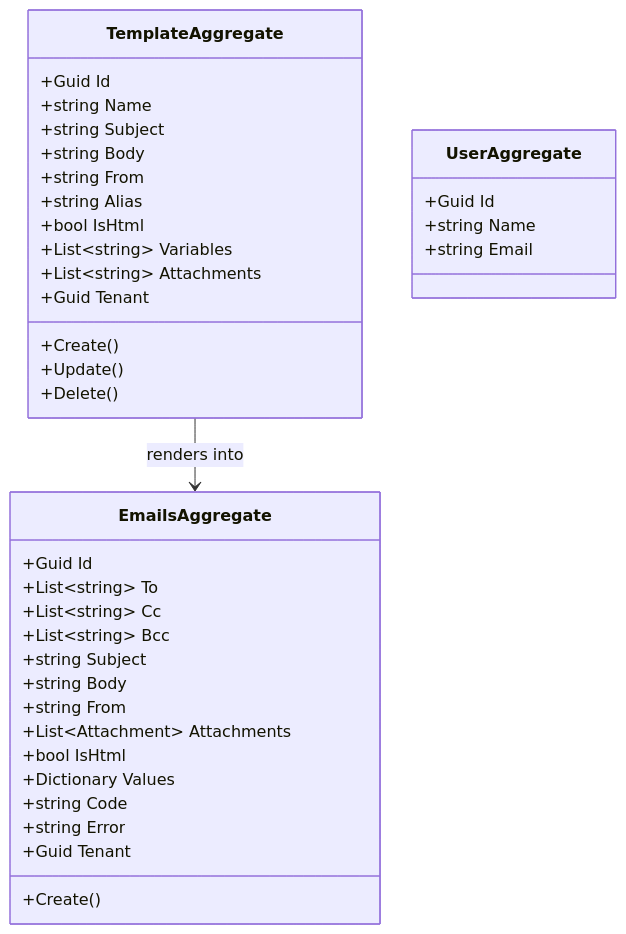
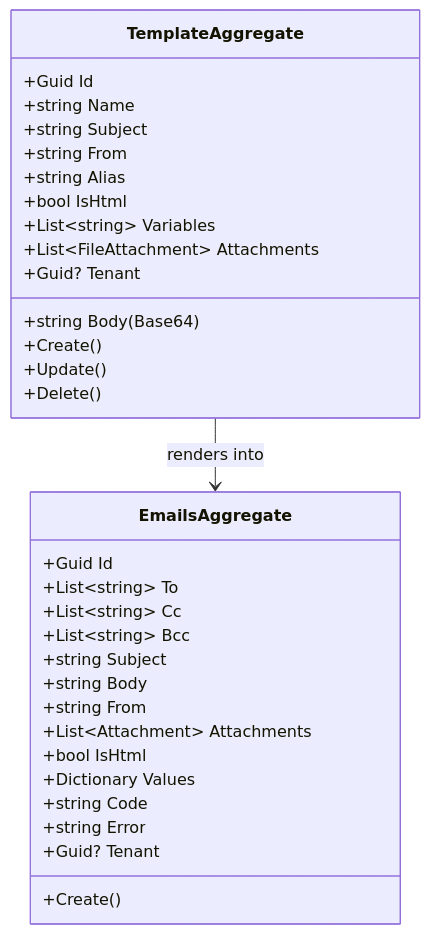
Before and after one commit to codedesignplus/CodeDesignPlus.Net.Microservice.Emails: the diagram in README.md, drawn with Mermaid. The commit also changed other lines of this file and 71 other files, not shown here.

````diff
--- a/README.md
+++ b/README.md
@@ -41,43 +90,37 @@
 ```mermaid
 classDiagram
     class TemplateAggregate {
         +Guid Id
         +string Name
         +string Subject
-        +string Body
+        +string Body (Base64)
         +string From
         +string Alias
         +bool IsHtml
         +List~string~ Variables
-        +List~string~ Attachments
-        +Guid Tenant
+        +List~FileAttachment~ Attachments
+        +Guid? Tenant
         +Create()
         +Update()
         +Delete()
     }
 
     class EmailsAggregate {
         +Guid Id
         +List~string~ To
         +List~string~ Cc
         +List~string~ Bcc
         +string Subject
         +string Body
         +string From
         +List~Attachment~ Attachments
         +bool IsHtml
         +Dictionary Values
         +string Code
         +string Error
-        +Guid Tenant
+        +Guid? Tenant
         +Create()
-    }
-
-    class UserAggregate {
-        +Guid Id
-        +string Name
-        +string Email
     }
 
     TemplateAggregate --> EmailsAggregate : renders into
 ```
````
